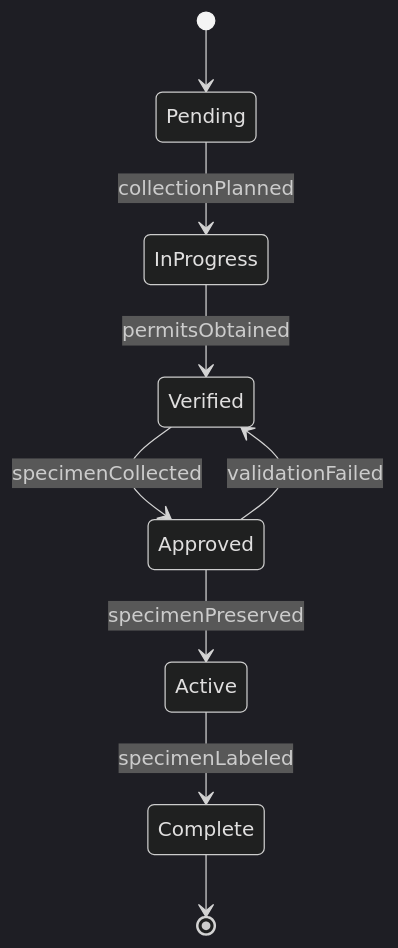
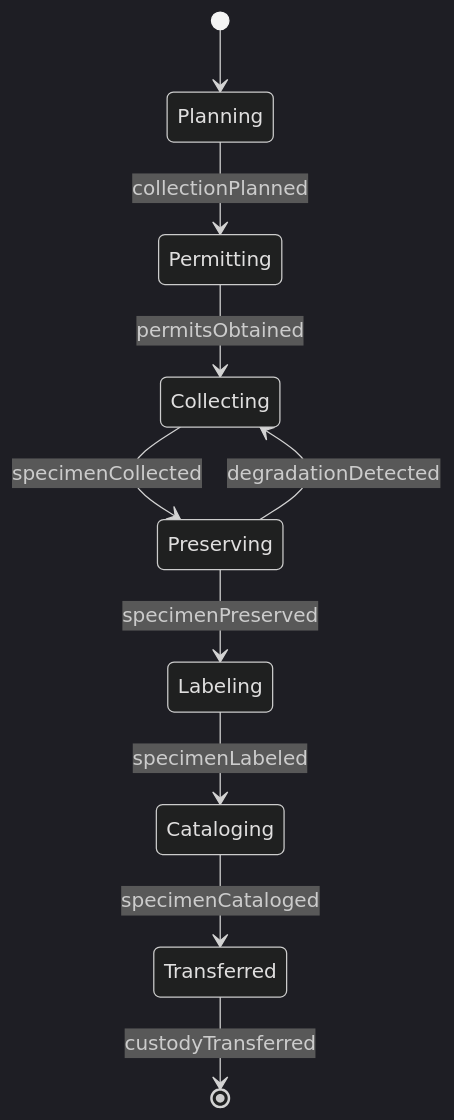
Before and after one commit to dot-org-ai/tasks.org.ai: the second of 4 diagrams in HandlingAndMovingObjects/CollectEnvironmentalOrBiologicalSamples/CollectBiologicalSpecimens.mdx, drawn with Mermaid (dark theme). The commit also changed other lines of this file and 515 other files, not shown here.

````diff
--- a/HandlingAndMovingObjects/CollectEnvironmentalOrBiologicalSamples/CollectBiologicalSpecimens.mdx
+++ b/HandlingAndMovingObjects/CollectEnvironmentalOrBiologicalSamples/CollectBiologicalSpecimens.mdx
@@ -98,11 +99,12 @@
 ```mermaid
 stateDiagram-v2
-    [*] --> Pending
-    Pending --> InProgress : collectionPlanned
-    InProgress --> Verified : permitsObtained
-    Verified --> Approved : specimenCollected
-    Approved --> Active : specimenPreserved
-    Active --> Complete : specimenLabeled
-    Approved --> Verified : validationFailed
-    Complete --> [*]
+    [*] --> Planning
+    Planning --> Permitting : collectionPlanned
+    Permitting --> Collecting : permitsObtained
+    Collecting --> Preserving : specimenCollected
+    Preserving --> Labeling : specimenPreserved
+    Labeling --> Cataloging : specimenLabeled
+    Cataloging --> Transferred : specimenCataloged
+    Transferred --> [*] : custodyTransferred
+    Preserving --> Collecting : degradationDetected
 ```
````
